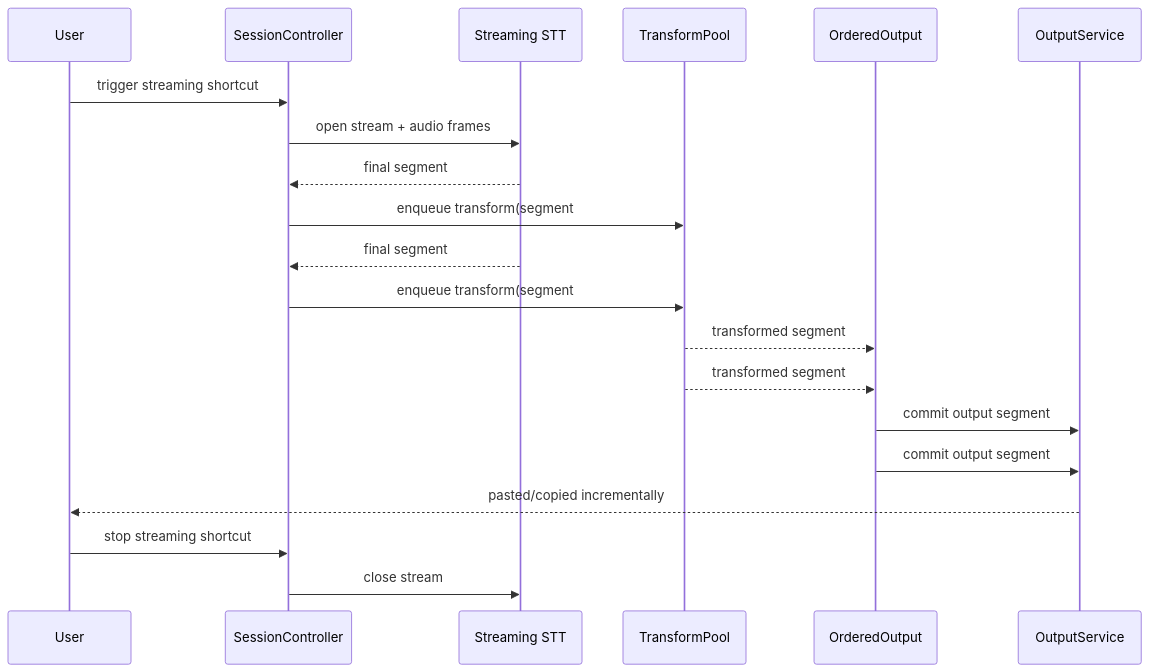
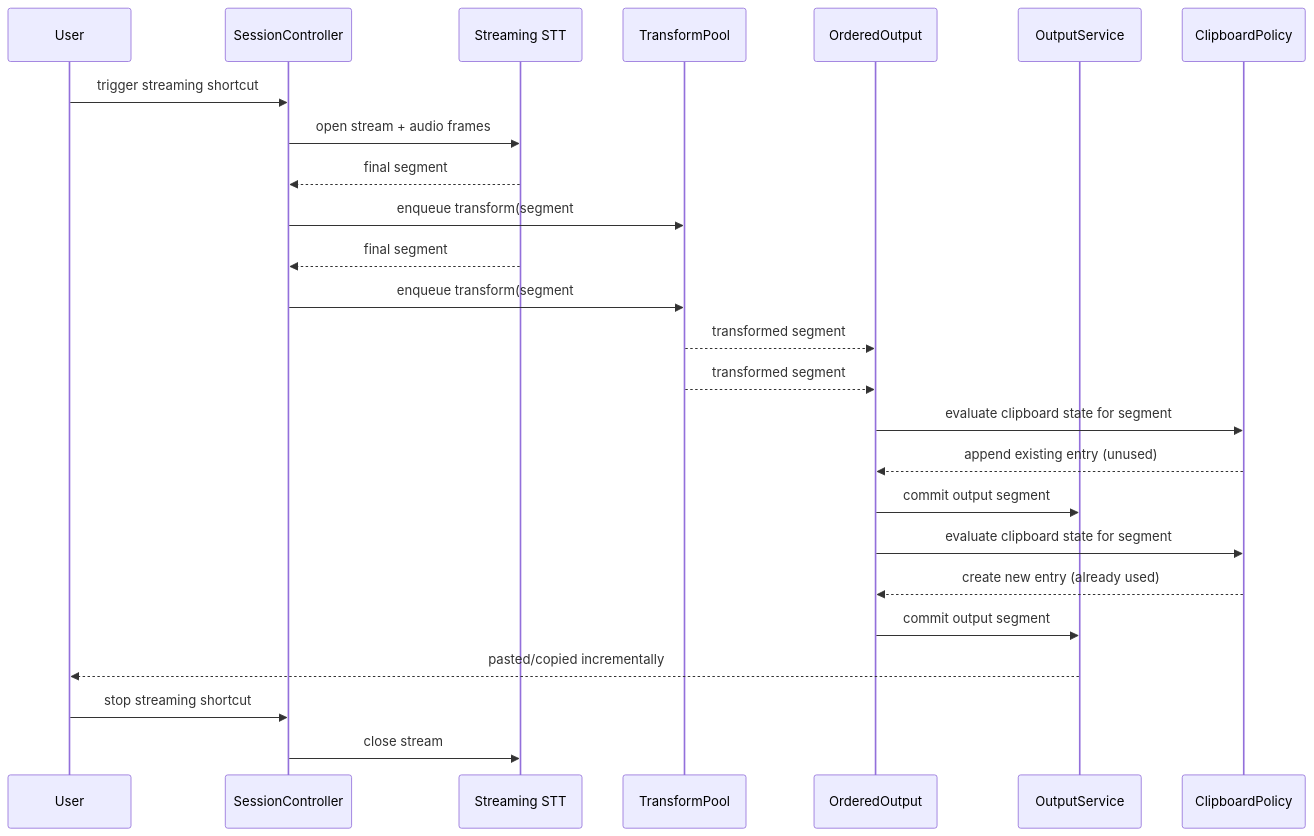
Before and after one commit to massun-onibakuchi/speech-to-text-app: the eighth of 8 diagrams in specs/v1-spec.md, drawn with Mermaid. The commit also changed other lines of this file, not shown here.

Commit message:
docs: unify streaming architecture schema and data model

````diff
--- a/specs/v1-spec.md
+++ b/specs/v1-spec.md
@@ -606,23 +753,28 @@
 ```mermaid
 sequenceDiagram
   participant U as User
   participant S as SessionController
   participant STT as Streaming STT
   participant T as TransformPool
   participant OC as OrderedOutput
   participant O as OutputService
+  participant C as ClipboardPolicy
 
   U->>S: trigger streaming shortcut
   S->>STT: open stream + audio frames
   STT-->>S: final segment #1 text
   S->>T: enqueue transform(segment #1)
   STT-->>S: final segment #2 text
   S->>T: enqueue transform(segment #2)
   T-->>OC: transformed segment #2 (ready first)
   T-->>OC: transformed segment #1
+  OC->>C: evaluate clipboard state for segment #1
+  C-->>OC: append existing entry (unused)
   OC->>O: commit output segment #1
+  OC->>C: evaluate clipboard state for segment #2
+  C-->>OC: create new entry (already used)
   OC->>O: commit output segment #2
   O-->>U: pasted/copied incrementally
   U->>S: stop streaming shortcut
   S->>STT: close stream
 ```
````
